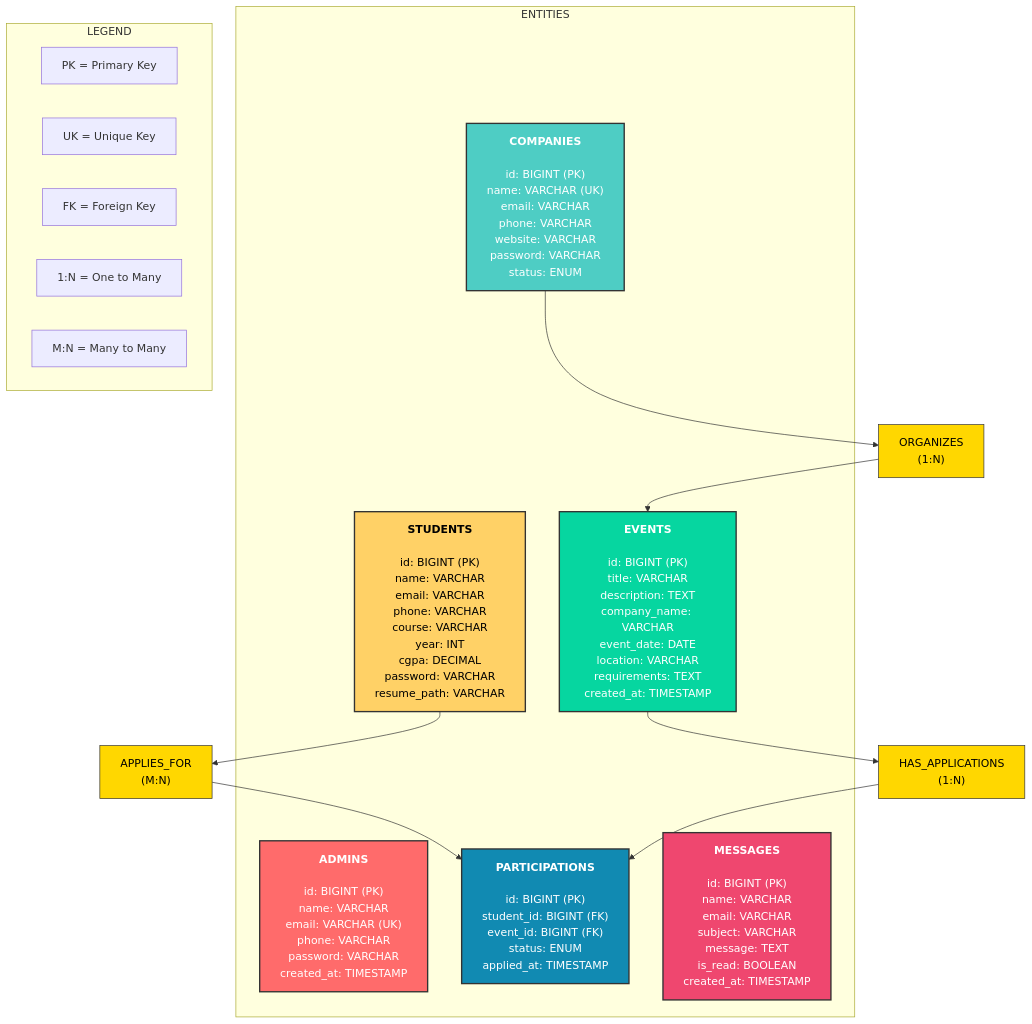
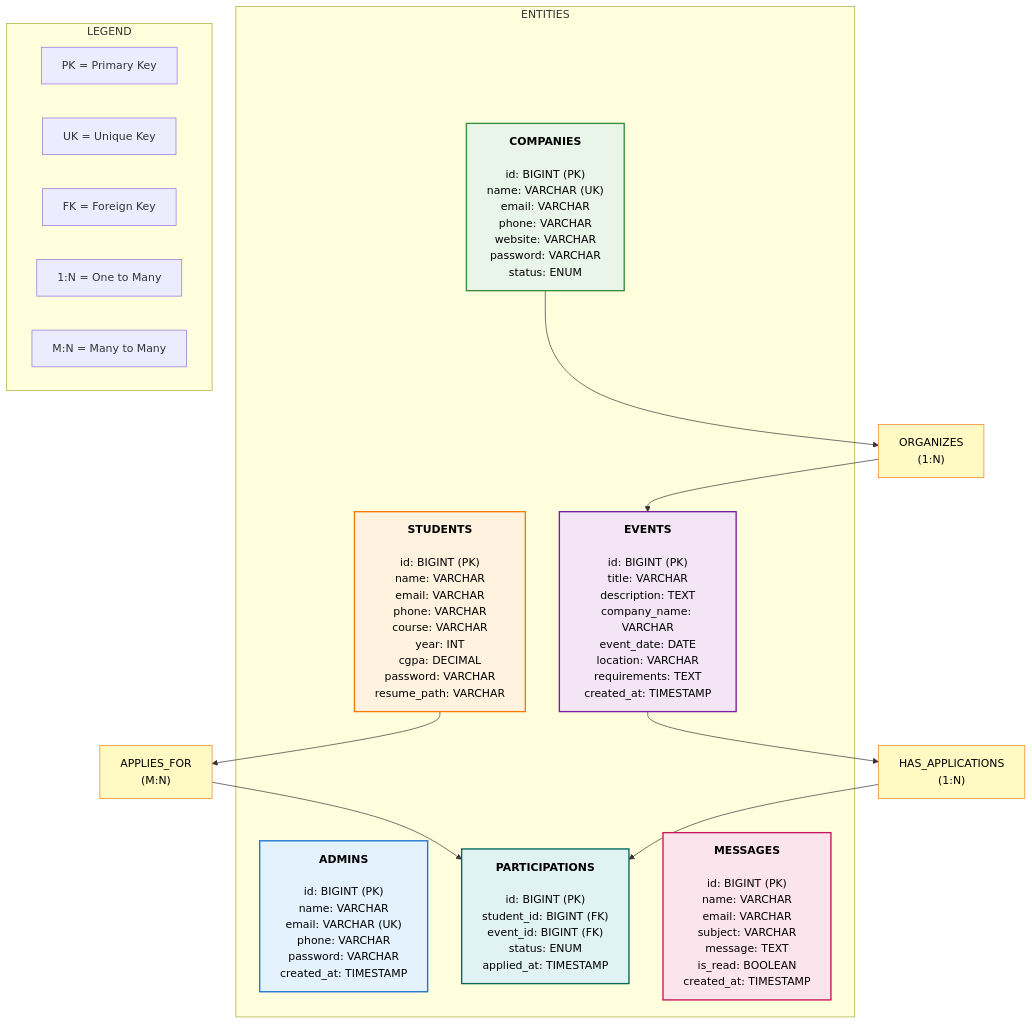
One commit to AbhishekGiri04/GEHU-Placement_Portal changed the first of 2 diagrams in README.md. Above: the diagram before and after it, drawn with Mermaid. The commit also changed other lines of this file and 17 other files, not shown here.

````diff
--- a/README.md
+++ b/README.md
@@ -221,62 +121,62 @@
 ```mermaid
 graph TB
     %% ============================================
     %% VISUAL REPRESENTATION OF ER DIAGRAM
     %% ============================================
 
     %% ========== ENTITY BOXES ==========
     
     subgraph "ENTITIES"
         ADMIN["<center><b>ADMINS</b></center><br/>id: BIGINT (PK)<br/>name: VARCHAR<br/>email: VARCHAR (UK)<br/>phone: VARCHAR<br/>password: VARCHAR<br/>created_at: TIMESTAMP"]
         
         COMPANY["<center><b>COMPANIES</b></center><br/>id: BIGINT (PK)<br/>name: VARCHAR (UK)<br/>email: VARCHAR<br/>phone: VARCHAR<br/>website: VARCHAR<br/>password: VARCHAR<br/>status: ENUM"]
         
         STUDENT["<center><b>STUDENTS</b></center><br/>id: BIGINT (PK)<br/>name: VARCHAR<br/>email: VARCHAR<br/>phone: VARCHAR<br/>course: VARCHAR<br/>year: INT<br/>cgpa: DECIMAL<br/>password: VARCHAR<br/>resume_path: VARCHAR"]
         
         EVENT["<center><b>EVENTS</b></center><br/>id: BIGINT (PK)<br/>title: VARCHAR<br/>description: TEXT<br/>company_name: VARCHAR<br/>event_date: DATE<br/>location: VARCHAR<br/>requirements: TEXT<br/>created_at: TIMESTAMP"]
         
         PARTICIPATION["<center><b>PARTICIPATIONS</b></center><br/>id: BIGINT (PK)<br/>student_id: BIGINT (FK)<br/>event_id: BIGINT (FK)<br/>status: ENUM<br/>applied_at: TIMESTAMP"]
         
         MESSAGE["<center><b>MESSAGES</b></center><br/>id: BIGINT (PK)<br/>name: VARCHAR<br/>email: VARCHAR<br/>subject: VARCHAR<br/>message: TEXT<br/>is_read: BOOLEAN<br/>created_at: TIMESTAMP"]
     end
 
     %% ========== RELATIONSHIPS ==========
     
     ORG["<center>ORGANIZES<br/>(1:N)</center>"]
     REG["<center>APPLIES_FOR<br/>(M:N)</center>"]
     HAS["<center>HAS_APPLICATIONS<br/>(1:N)</center>"]
 
     %% ========== CONNECTIONS ==========
     
     COMPANY --> ORG
     ORG --> EVENT
     
     STUDENT --> REG
     REG --> PARTICIPATION
     
     EVENT --> HAS
     HAS --> PARTICIPATION
 
     %% ========== STYLING ==========
     
-    style ADMIN fill:#FF6B6B,color:white,stroke:#333,stroke-width:2px
-    style COMPANY fill:#4ECDC4,color:white,stroke:#333,stroke-width:2px
-    style STUDENT fill:#FFD166,color:black,stroke:#333,stroke-width:2px
-    style EVENT fill:#06D6A0,color:white,stroke:#333,stroke-width:2px
-    style PARTICIPATION fill:#118AB2,color:white,stroke:#333,stroke-width:2px
-    style MESSAGE fill:#EF476F,color:white,stroke:#333,stroke-width:2px
+    style ADMIN fill:#E3F2FD,color:#000,stroke:#1976D2,stroke-width:2px
+    style COMPANY fill:#E8F5E8,color:#000,stroke:#388E3C,stroke-width:2px
+    style STUDENT fill:#FFF3E0,color:#000,stroke:#F57C00,stroke-width:2px
+    style EVENT fill:#F3E5F5,color:#000,stroke:#7B1FA2,stroke-width:2px
+    style PARTICIPATION fill:#E0F2F1,color:#000,stroke:#00695C,stroke-width:2px
+    style MESSAGE fill:#FCE4EC,color:#000,stroke:#C2185B,stroke-width:2px
     
-    style ORG fill:#FFD700,color:black,stroke:#333,stroke-width:1px
-    style REG fill:#FFD700,color:black,stroke:#333,stroke-width:1px
-    style HAS fill:#FFD700,color:black,stroke:#333,stroke-width:1px
+    style ORG fill:#FFF9C4,color:#000,stroke:#F57F17,stroke-width:1px
+    style REG fill:#FFF9C4,color:#000,stroke:#F57F17,stroke-width:1px
+    style HAS fill:#FFF9C4,color:#000,stroke:#F57F17,stroke-width:1px
 
     %% ========== LEGEND ==========
     
     subgraph "LEGEND"
         L1["PK = Primary Key"]
         L2["UK = Unique Key"]
         L3["FK = Foreign Key"]
         L4["1:N = One to Many"]
         L5["M:N = Many to Many"]
     end
 ```
````
